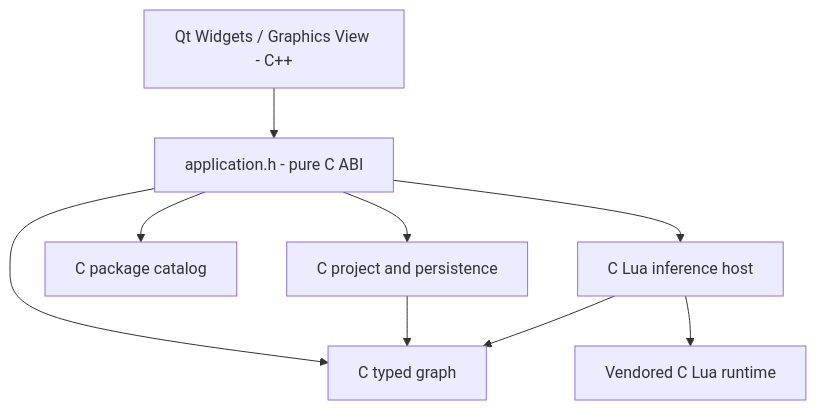
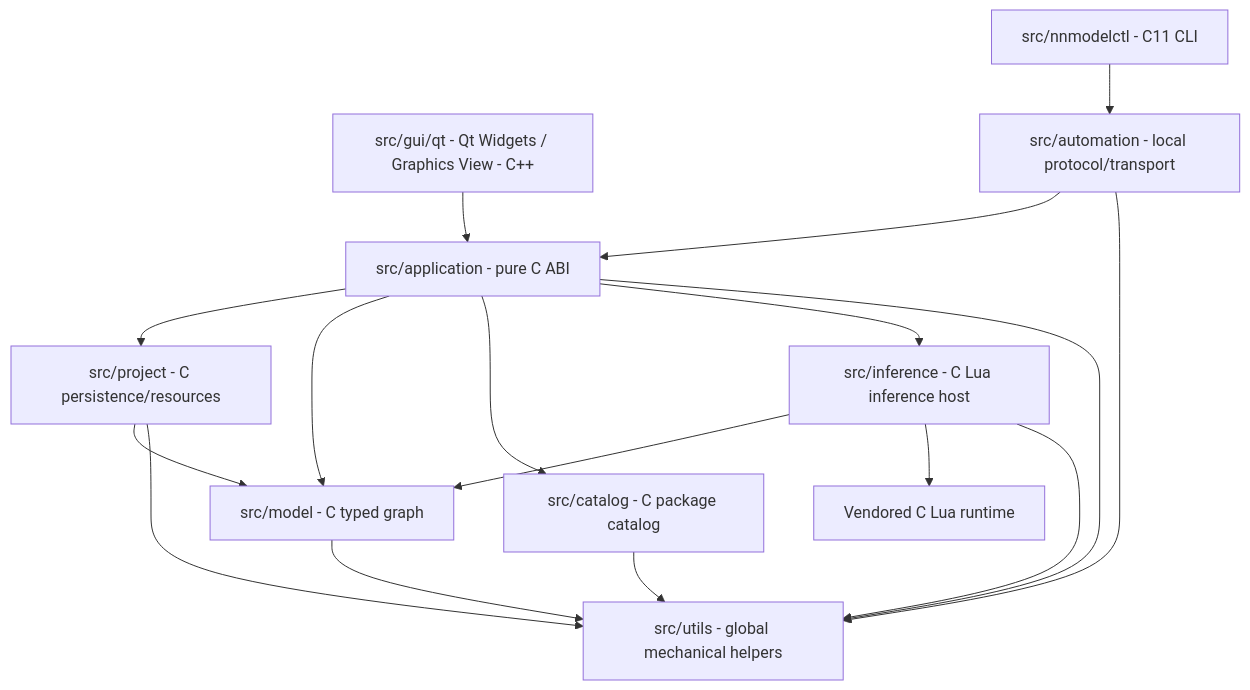
One commit to LucaSforza/nnmodelling-ui changed the diagram in docs/knowledge/architecture/overview.md. Above: the diagram before and after it, drawn with Mermaid. The commit also changed other lines of this file and 133 other files, not shown here.

Commit message:
refactor: organize source modules and consolidate current UML

````diff
--- a/docs/knowledge/architecture/overview.md
+++ b/docs/knowledge/architecture/overview.md
@@ -5,11 +5,19 @@
 ```mermaid
 flowchart TD
-    GUI[Qt Widgets / Graphics View - C++] --> API[application.h - pure C ABI]
-    API --> Project[C project and persistence]
-    API --> Model[C typed graph]
-    API --> Catalog[C package catalog]
-    API --> Inference[C Lua inference host]
+    GUI[src/gui/qt - Qt Widgets / Graphics View - C++] --> API[src/application - pure C ABI]
+    CLI[src/nnmodelctl - C11 CLI] --> IPC[src/automation - local protocol/transport]
+    IPC --> API
+    API --> Project[src/project - C persistence/resources]
+    API --> Model[src/model - C typed graph]
+    API --> Catalog[src/catalog - C package catalog]
+    API --> Inference[src/inference - C Lua inference host]
     Project --> Model
     Inference --> Model
     Inference --> Lua[Vendored C Lua runtime]
+    API --> Utils[src/utils - global mechanical helpers]
+    Project --> Utils
+    Model --> Utils
+    Catalog --> Utils
+    Inference --> Utils
+    IPC --> Utils
 ```
````
